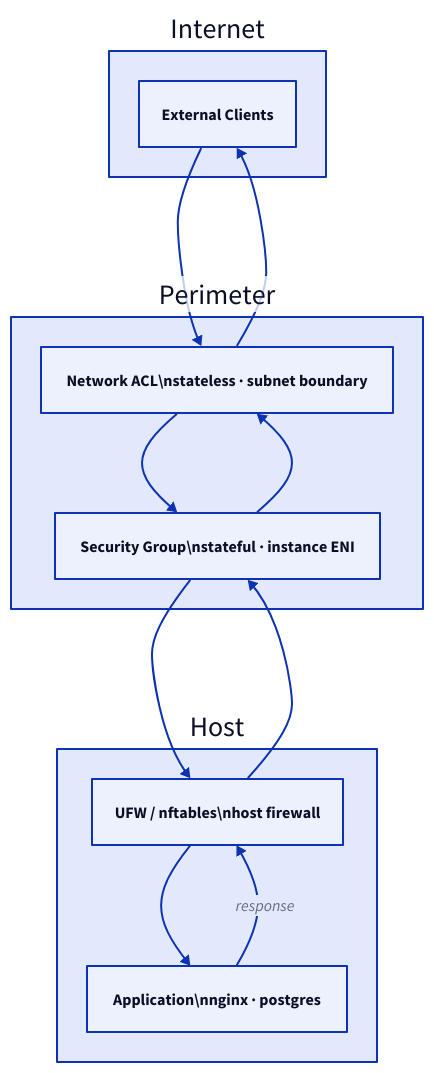
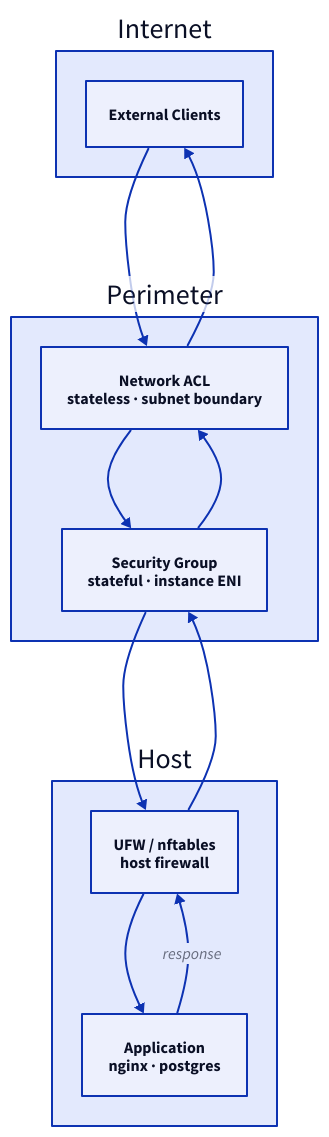
Before and after one commit to rebash-rebash/rebash-academy: the diagram in docs/networking/firewalls-and-access-control.md, drawn with D2. The commit also changed other lines of this file and 177 other files, not shown here.

First line of the commit message:
Ship Terraform track, diagram polish, and new brand favicon.

````diff
--- a/docs/networking/firewalls-and-access-control.md
+++ b/docs/networking/firewalls-and-access-control.md
@@ -55,23 +55,23 @@
 ```d2
 direction: down
 
 Internet: Internet {
         ATT: "External Clients"
     }
     Perimeter: Perimeter {
-        NACL: "Network ACL\\nstateless · subnet boundary"
-        SG: "Security Group\\nstateful · instance ENI"
+        NACL: "Network ACL\nstateless · subnet boundary"
+        SG: "Security Group\nstateful · instance ENI"
     }
     Host: Host {
-        UFW: "UFW / nftables\\nhost firewall"
-        APP: "Application\\nnginx · postgres"
+        UFW: "UFW / nftables\nhost firewall"
+        APP: "Application\nnginx · postgres"
     }
     Internet.ATT -> Perimeter.NACL
     Perimeter.NACL -> Perimeter.SG
     Perimeter.SG -> Host.UFW
     Host.UFW -> Host.APP
     Host.APP -> Host.UFW: response
     Host.UFW -> Perimeter.SG
     Perimeter.SG -> Perimeter.NACL
     Perimeter.NACL -> Internet.ATT
 ```
````
